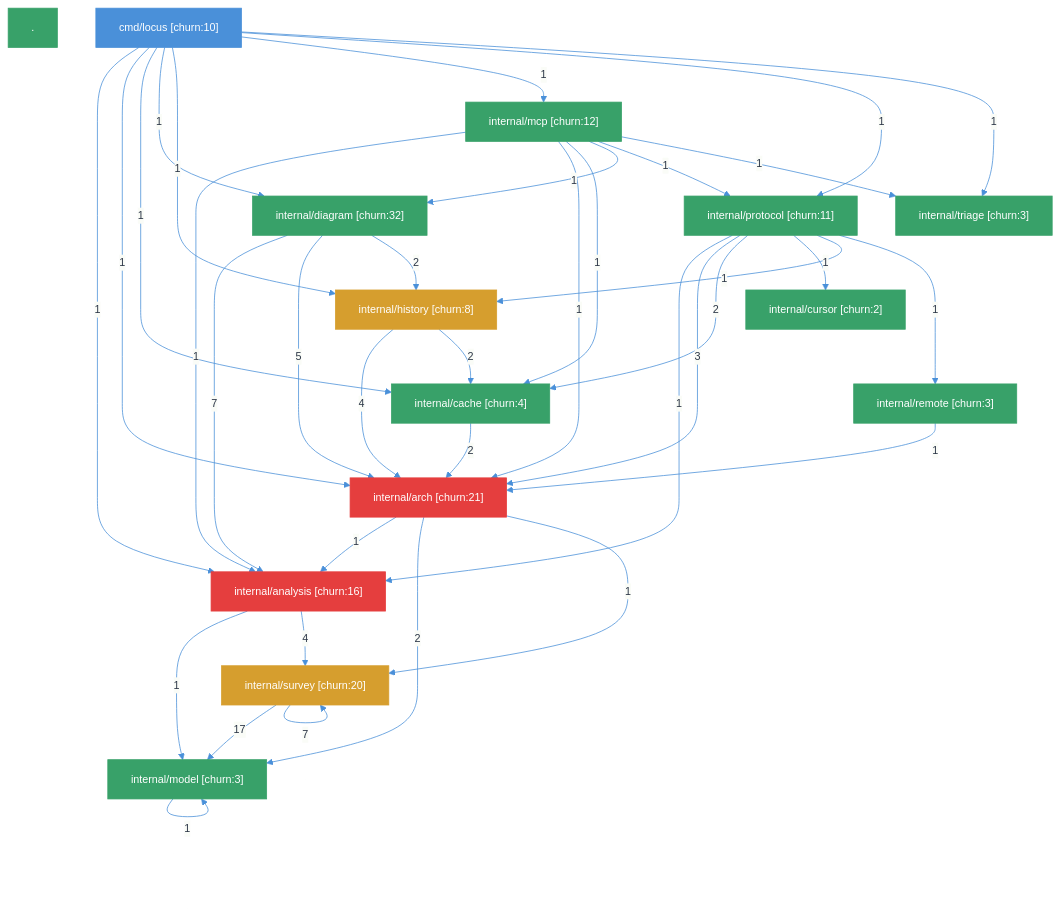
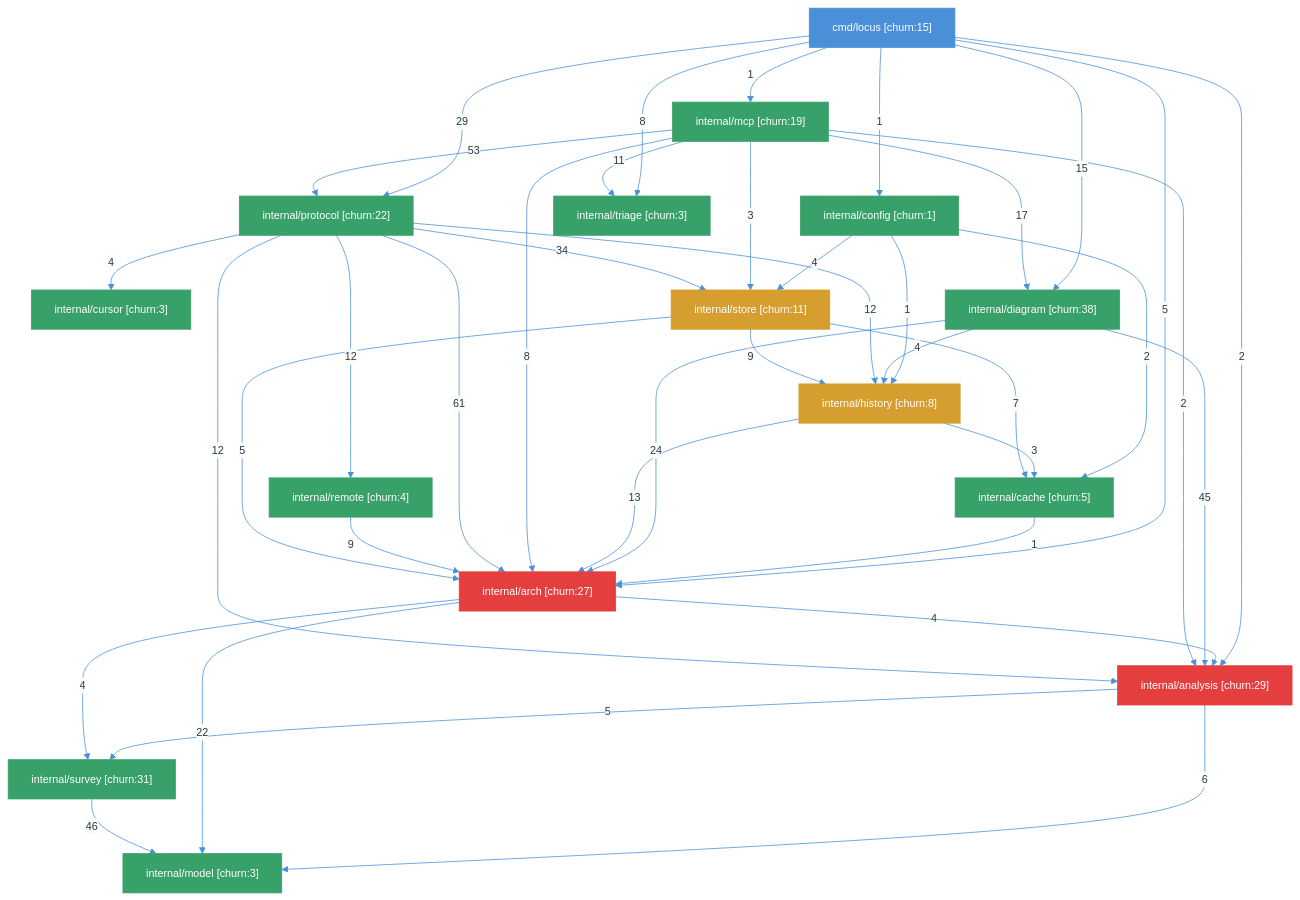
Before and after one commit to dpopsuev/locus: the first of 5 diagrams in README.md, drawn with Mermaid. The commit also changed 2 other files, not shown here.

Commit message:
fix: crop logo padding (1536x1024 → 560x646), regenerate dependency diagram, add LOCUS_TRANSPORT/ADDR to Dockerfile
- Logo: removed 63% transparent padding for better README visibility
- Diagram: regenerated with v0.7.0 packages (store, config visible)
- Dockerfile: restored LOCUS_TRANSPORT=http and LOCUS_ADDR=:8081 for container mode
- Filed BUG-8: scan_local fails in container (PackagesScanner can't resolve modules)

````diff
--- a/README.md
+++ b/README.md
@@ -97,61 +97,65 @@
 ```mermaid
 %%{init: {'theme': 'base', 'themeVariables': {'primaryColor': '#F7FAFC', 'primaryTextColor': '#2D3748', 'primaryBorderColor': '#4A90D9', 'lineColor': '#4A90D9', 'background': '#FFFFFF', 'fontSize': '14px'}}}%%
 graph TD
     classDef boundary fill:#FFFFFF,stroke:#718096,color:#2D3748
     classDef component fill:#F7FAFC,stroke:#4A90D9,color:#2D3748
     classDef edge stroke:#4A90D9
     classDef entry fill:#4A90D9,stroke:#4A90D9,color:#FFFFFF
     classDef fatal fill:#E53E3E,stroke:#E53E3E,color:#FFFFFF
     classDef healthy fill:#38A169,stroke:#38A169,color:#FFFFFF
     classDef sick fill:#D69E2E,stroke:#D69E2E,color:#FFFFFF
     classDef violation_edge stroke:#E53E3E
-    _["."]:::healthy
-    cmd_locus["cmd/locus [churn:10]"]:::entry
-    internal_analysis["internal/analysis [churn:16]"]:::fatal
-    internal_arch["internal/arch [churn:21]"]:::fatal
-    internal_cache["internal/cache [churn:4]"]:::healthy
-    internal_cursor["internal/cursor [churn:2]"]:::healthy
-    internal_diagram["internal/diagram [churn:32]"]:::healthy
+    cmd_locus["cmd/locus [churn:15]"]:::entry
+    internal_analysis["internal/analysis [churn:29]"]:::fatal
+    internal_arch["internal/arch [churn:27]"]:::fatal
+    internal_cache["internal/cache [churn:5]"]:::healthy
+    internal_config["internal/config [churn:1]"]:::healthy
+    internal_cursor["internal/cursor [churn:3]"]:::healthy
+    internal_diagram["internal/diagram [churn:38]"]:::healthy
     internal_history["internal/history [churn:8]"]:::sick
-    internal_mcp["internal/mcp [churn:12]"]:::healthy
+    internal_mcp["internal/mcp [churn:19]"]:::healthy
     internal_model["internal/model [churn:3]"]:::healthy
-    internal_protocol["internal/protocol [churn:11]"]:::healthy
-    internal_remote["internal/remote [churn:3]"]:::healthy
-    internal_survey["internal/survey [churn:20]"]:::sick
+    internal_protocol["internal/protocol [churn:22]"]:::healthy
+    internal_remote["internal/remote [churn:4]"]:::healthy
+    internal_store["internal/store [churn:11]"]:::sick
+    internal_survey["internal/survey [churn:31]"]:::healthy
     internal_triage["internal/triage [churn:3]"]:::healthy
-    cmd_locus -->|"1"| internal_analysis
-    cmd_locus -->|"1"| internal_arch
-    cmd_locus -->|"1"| internal_cache
-    cmd_locus -->|"1"| internal_diagram
-    cmd_locus -->|"1"| internal_history
+    cmd_locus -->|"2"| internal_analysis
+    cmd_locus -->|"5"| internal_arch
+    cmd_locus -->|"1"| internal_config
+    cmd_locus -->|"15"| internal_diagram
     cmd_locus -->|"1"| internal_mcp
-    cmd_locus -->|"1"| internal_protocol
-    cmd_locus -->|"1"| internal_triage
-    internal_analysis -->|"1"| internal_model
-    internal_analysis -->|"4"| internal_survey
-    internal_arch -->|"1"| internal_analysis
-    internal_arch -->|"2"| internal_model
-    internal_arch -->|"1"| internal_survey
-    internal_cache -->|"2"| internal_arch
-    internal_diagram -->|"7"| internal_analysis
-    internal_diagram -->|"5"| internal_arch
-    internal_diagram -->|"2"| internal_history
-    internal_history -->|"4"| internal_arch
-    internal_history -->|"2"| internal_cache
-    internal_mcp -->|"1"| internal_analysis
-    internal_mcp -->|"1"| internal_arch
-    internal_mcp -->|"1"| internal_cache
-    internal_mcp -->|"1"| internal_diagram
-    internal_mcp -->|"1"| internal_protocol
-    internal_mcp -->|"1"| internal_triage
-    internal_model -->|"1"| internal_model
-    internal_protocol -->|"1"| internal_analysis
-    internal_protocol -->|"3"| internal_arch
-    internal_protocol -->|"2"| internal_cache
-    internal_protocol -->|"1"| internal_cursor
-    internal_protocol -->|"1"| internal_history
-    internal_protocol -->|"1"| internal_remote
-    internal_remote -->|"1"| internal_arch
-    internal_survey -->|"17"| internal_model
-    internal_survey -->|"7"| internal_survey
+    cmd_locus -->|"29"| internal_protocol
+    cmd_locus -->|"8"| internal_triage
+    internal_analysis -->|"6"| internal_model
+    internal_analysis -->|"5"| internal_survey
+    internal_arch -->|"4"| internal_analysis
+    internal_arch -->|"22"| internal_model
+    internal_arch -->|"4"| internal_survey
+    internal_cache -->|"1"| internal_arch
+    internal_config -->|"2"| internal_cache
+    internal_config -->|"1"| internal_history
+    internal_config -->|"4"| internal_store
+    internal_diagram -->|"45"| internal_analysis
+    internal_diagram -->|"24"| internal_arch
+    internal_diagram -->|"4"| internal_history
+    internal_history -->|"13"| internal_arch
+    internal_history -->|"3"| internal_cache
+    internal_mcp -->|"2"| internal_analysis
+    internal_mcp -->|"8"| internal_arch
+    internal_mcp -->|"17"| internal_diagram
+    internal_mcp -->|"53"| internal_protocol
+    internal_mcp -->|"3"| internal_store
+    internal_mcp -->|"11"| internal_triage
+    internal_protocol -->|"12"| internal_analysis
+    internal_protocol -->|"61"| internal_arch
+    internal_protocol -->|"4"| internal_cursor
+    internal_protocol -->|"12"| internal_history
+    internal_protocol -->|"12"| internal_remote
+    internal_protocol -->|"34"| internal_store
+    internal_remote -->|"9"| internal_arch
+    internal_store -->|"5"| internal_arch
+    internal_store -->|"7"| internal_cache
+    internal_store -->|"9"| internal_history
+    internal_survey -->|"46"| internal_model
 ```
````
